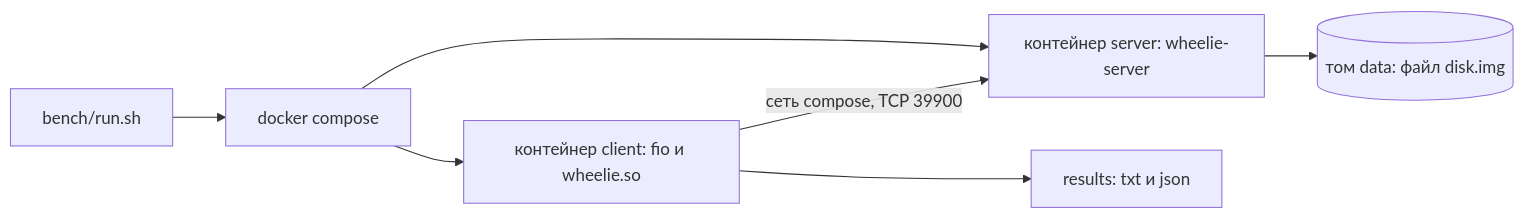
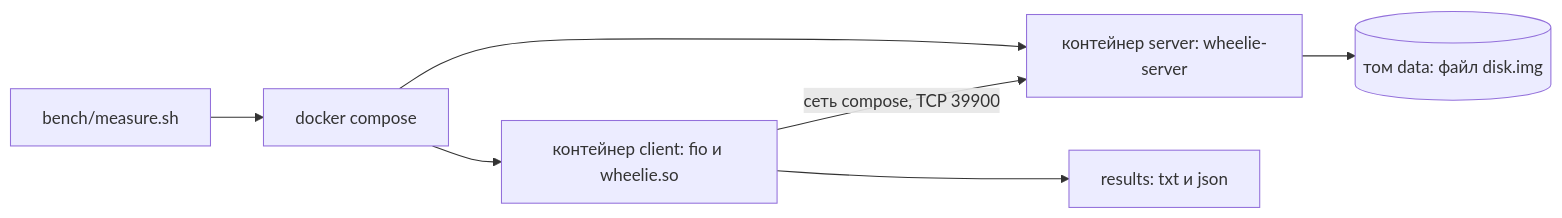
The diagram in docs/bench.md (VasilyStepanov/wheeliestor), drawn with Mermaid before and after one commit. The commit also changed other lines of this file and 16 other files, not shown here.

First line of the commit message:
ref: bench measure script (#51)

````diff
--- a/docs/bench.md
+++ b/docs/bench.md
@@ -11,9 +11,9 @@
 ```mermaid
 flowchart LR
-    script["bench/run.sh"] --> compose["docker compose"]
+    script["bench/measure.sh"] --> compose["docker compose"]
     compose --> server["контейнер server: wheelie-server"]
     compose --> client["контейнер client: fio и wheelie.so"]
     client -- "сеть compose, TCP 39900" --> server
     server --> volume[("том data: файл disk.img")]
     client --> results["results: txt и json"]
 ```
````
